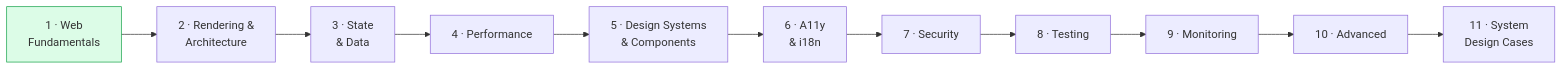
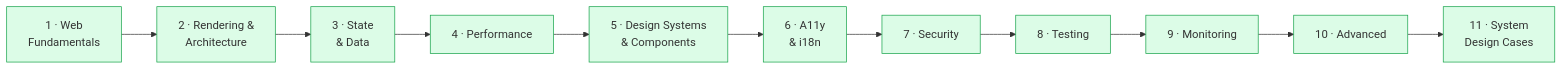
Before and after one commit to Muzammil8989/frontend-system-design: the second of 2 diagrams in README.md, drawn with Mermaid. The commit also changed other lines of this file and 358 other files, not shown here.

````diff
--- a/README.md
+++ b/README.md
@@ -94,14 +413,24 @@
 ```mermaid
 flowchart LR
     P1["1 · Web<br/>Fundamentals"] --> P2["2 · Rendering &<br/>Architecture"]
     P2 --> P3["3 · State<br/>& Data"]
     P3 --> P4["4 · Performance"]
     P4 --> P5["5 · Design Systems<br/>& Components"]
     P5 --> P6["6 · A11y<br/>& i18n"]
     P6 --> P7["7 · Security"]
     P7 --> P8["8 · Testing"]
     P8 --> P9["9 · Monitoring"]
     P9 --> P10["10 · Advanced"]
     P10 --> P11["11 · System<br/>Design Cases"]
     style P1 fill:#dcfce7,stroke:#16a34a
+    style P2 fill:#dcfce7,stroke:#16a34a
+    style P3 fill:#dcfce7,stroke:#16a34a
+    style P4 fill:#dcfce7,stroke:#16a34a
+    style P5 fill:#dcfce7,stroke:#16a34a
+    style P6 fill:#dcfce7,stroke:#16a34a
+    style P7 fill:#dcfce7,stroke:#16a34a
+    style P8 fill:#dcfce7,stroke:#16a34a
+    style P9 fill:#dcfce7,stroke:#16a34a
+    style P10 fill:#dcfce7,stroke:#16a34a
+    style P11 fill:#dcfce7,stroke:#16a34a
 ```
````
